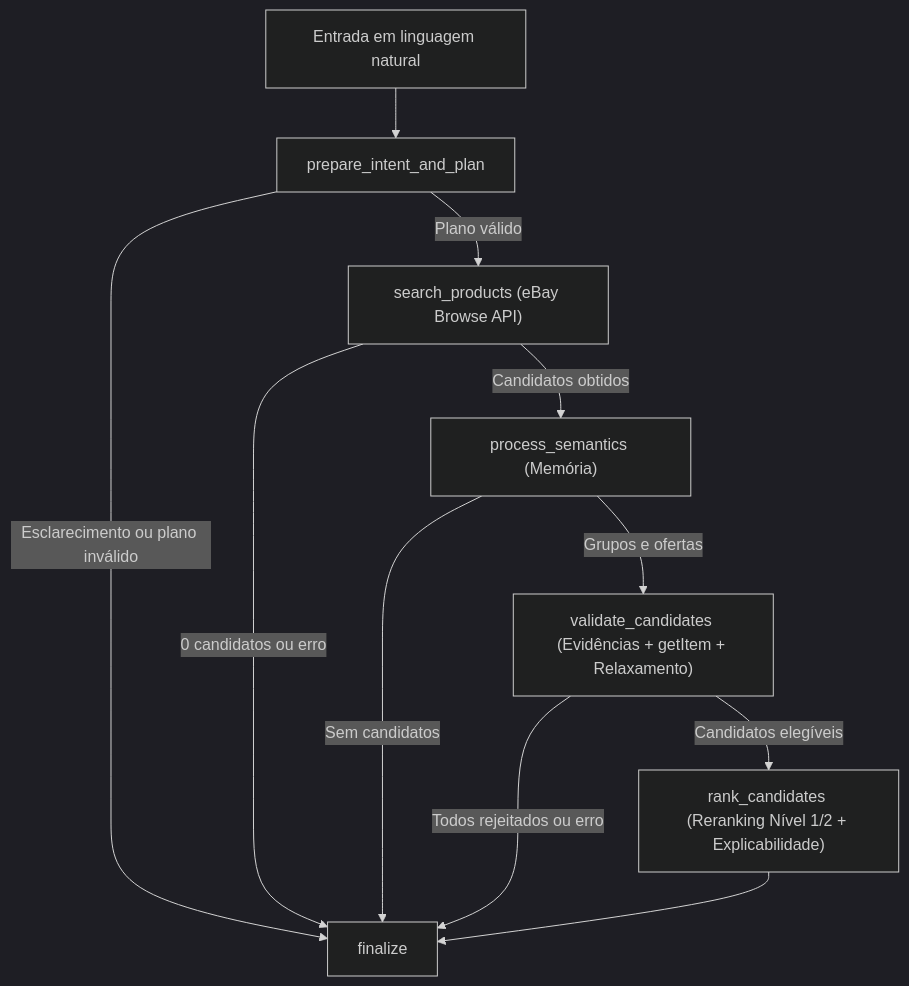
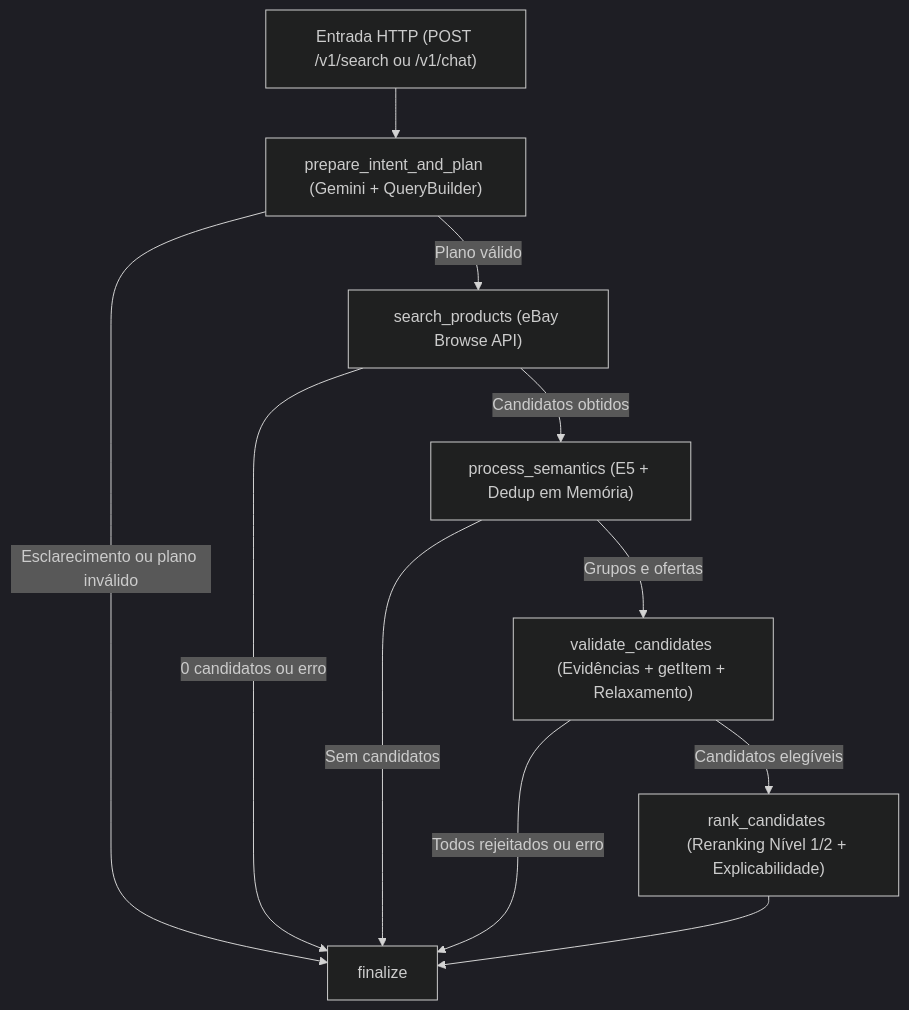
Before and after one commit to LayzaCarneiro/BuscaAi: the diagram in README.md, drawn with Mermaid (dark theme). The commit also changed other lines of this file and 68 other files, not shown here.

Commit message:
feat: finalize semantic search, harden API and prepare deployment

````diff
--- a/README.md
+++ b/README.md
@@ -53,13 +21,13 @@
 ```mermaid
 flowchart TD
-    A["Entrada em linguagem natural"] --> B["prepare_intent_and_plan"]
+    A["Entrada HTTP (POST /v1/search ou /v1/chat)"] --> B["prepare_intent_and_plan (Gemini + QueryBuilder)"]
     B -->|"Esclarecimento ou plano inválido"| F["finalize"]
     B -->|"Plano válido"| C["search_products (eBay Browse API)"]
     C -->|"0 candidatos ou erro"| F
-    C -->|"Candidatos obtidos"| D["process_semantics (Memória)"]
+    C -->|"Candidatos obtidos"| D["process_semantics (E5 + Dedup em Memória)"]
     D -->|"Sem candidatos"| F
     D -->|"Grupos e ofertas"| E["validate_candidates (Evidências + getItem + Relaxamento)"]
     E -->|"Todos rejeitados ou erro"| F
     E -->|"Candidatos elegíveis"| G["rank_candidates (Reranking Nível 1/2 + Explicabilidade)"]
     G --> F
 ```
````
